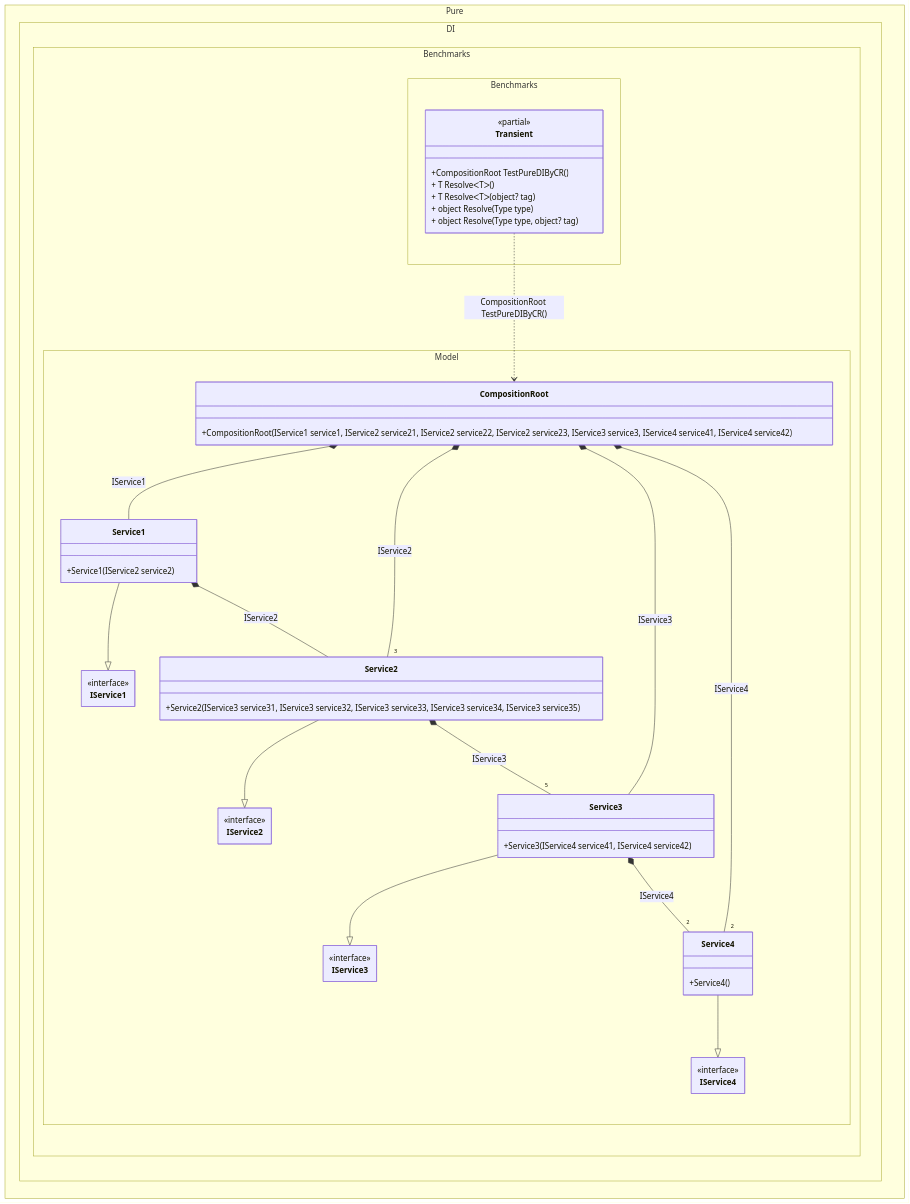
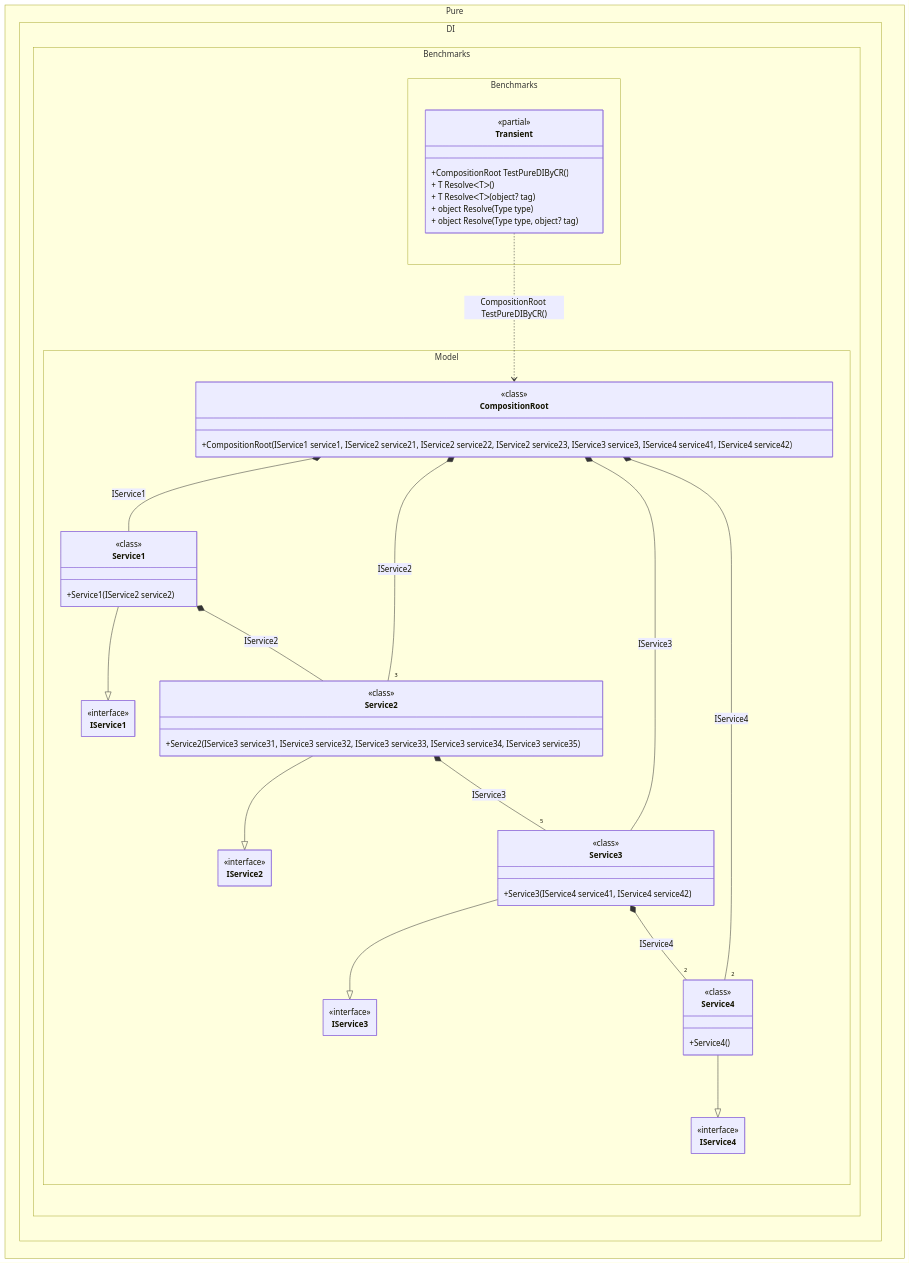
Before and after one commit to DevTeam/Pure.DI: the diagram in readme/TransientDetails.md, drawn with Mermaid. The commit also changed 145 other files, not shown here.

````diff
--- a/readme/TransientDetails.md
+++ b/readme/TransientDetails.md
@@ -6,59 +6,66 @@
 ```mermaid
 ---
  config:
+  maxTextSize: 2147483647
+  maxEdges: 2147483647
   class:
    hideEmptyMembersBox: true
 ---
 classDiagram
 	Service1 --|> IService1
 	Service2 --|> IService2
 	Service3 --|> IService3
 	Service4 --|> IService4
 	Transient ..> CompositionRoot : CompositionRoot TestPureDIByCR()
 	Service1 *--  Service2 : IService2
 	Service2 *-- "5 " Service3 : IService3
 	Service3 *-- "2 " Service4 : IService4
 	CompositionRoot *--  Service1 : IService1
 	CompositionRoot *-- "3 " Service2 : IService2
 	CompositionRoot *--  Service3 : IService3
 	CompositionRoot *-- "2 " Service4 : IService4
 	namespace Pure.DI.Benchmarks.Benchmarks {
 		class Transient {
 		<<partial>>
 		+CompositionRoot TestPureDIByCR()
 		+ T ResolveᐸTᐳ()
 		+ T ResolveᐸTᐳ(object? tag)
 		+ object Resolve(Type type)
 		+ object Resolve(Type type, object? tag)
 		}
 	}
 	namespace Pure.DI.Benchmarks.Model {
 		class CompositionRoot {
+				<<class>>
 			+CompositionRoot(IService1 service1, IService2 service21, IService2 service22, IService2 service23, IService3 service3, IService4 service41, IService4 service42)
 		}
 		class IService1 {
 			<<interface>>
 		}
 		class IService2 {
 			<<interface>>
 		}
 		class IService3 {
 			<<interface>>
 		}
 		class IService4 {
 			<<interface>>
 		}
 		class Service1 {
+				<<class>>
 			+Service1(IService2 service2)
 		}
 		class Service2 {
+				<<class>>
 			+Service2(IService3 service31, IService3 service32, IService3 service33, IService3 service34, IService3 service35)
 		}
 		class Service3 {
+				<<class>>
 			+Service3(IService4 service41, IService4 service42)
 		}
 		class Service4 {
+				<<class>>
 			+Service4()
 		}
 	}
 ```
````
